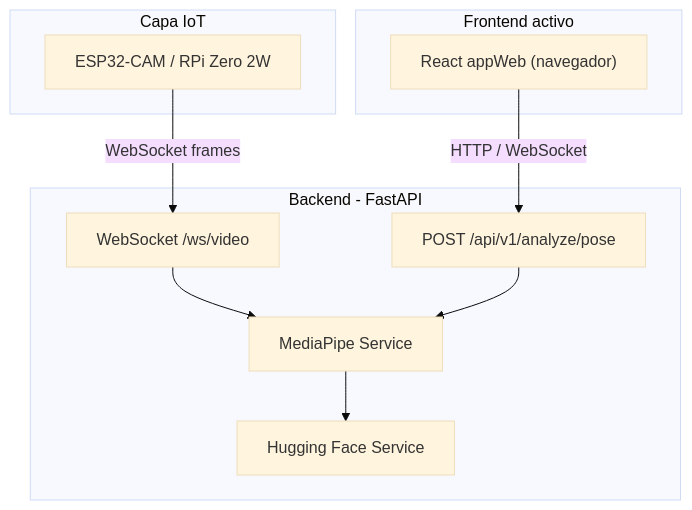
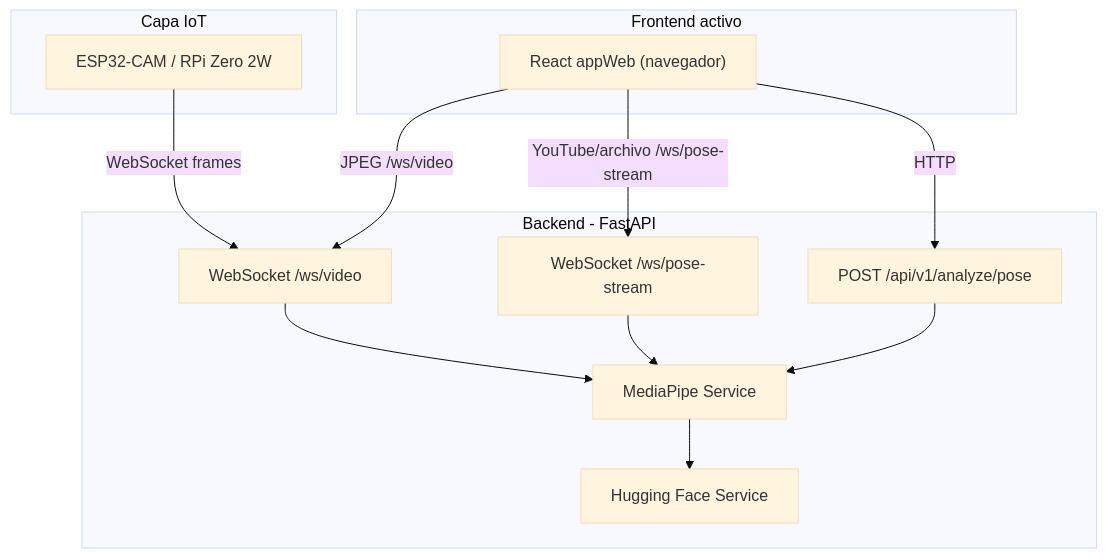
One commit to MLToroDev/bio-motion-evaluator changed the diagram in docs/arquitectura.md. Above: the diagram before and after it, drawn with Mermaid (base theme). The commit also changed other lines of this file and 68 other files, not shown here.

````diff
--- a/docs/arquitectura.md
+++ b/docs/arquitectura.md
@@ -14,21 +14,25 @@
 ```mermaid
 flowchart TD
     subgraph iotLayer [Capa IoT]
         ESP32["ESP32-CAM / RPi Zero 2W"]
     end
     subgraph frontendLayer [Frontend activo]
         ReactAppWeb["React appWeb (navegador)"]
     end
     subgraph backendLayer [Backend - FastAPI]
         WS["WebSocket /ws/video"]
+        PoseStream["WebSocket /ws/pose-stream"]
         PoseAPI["POST /api/v1/analyze/pose"]
         MediaPipeService["MediaPipe Service"]
         HFService["Hugging Face Service"]
     end
 
     ESP32 -->|"WebSocket frames"| WS
-    ReactAppWeb -->|"HTTP / WebSocket"| PoseAPI
+    ReactAppWeb -->|"JPEG /ws/video"| WS
+    ReactAppWeb -->|"YouTube/archivo /ws/pose-stream"| PoseStream
+    ReactAppWeb -->|"HTTP"| PoseAPI
     WS --> MediaPipeService
+    PoseStream --> MediaPipeService
     PoseAPI --> MediaPipeService
     MediaPipeService --> HFService
 ```
````
